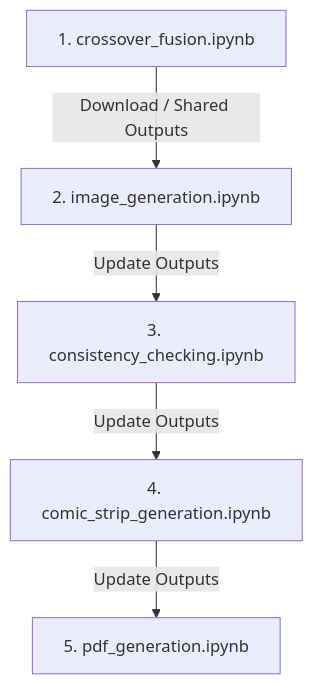
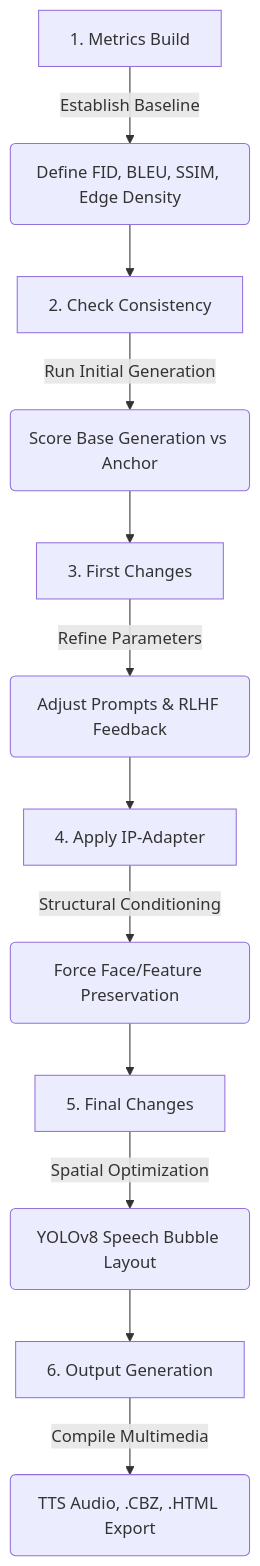
Before and after one commit to erica-maitri/Indie-Comic: the diagram in indie_comic_pipeline/README.md, drawn with Mermaid. The commit also changed other lines of this file and 24 other files, not shown here.

````diff
--- a/indie_comic_pipeline/README.md
+++ b/indie_comic_pipeline/README.md
@@ -329,7 +11,14 @@
 ```mermaid
 graph TD
-    A[1. crossover_fusion.ipynb] -->|Download / Shared Outputs| B[2. image_generation.ipynb]
-    B -->|Update Outputs| C[3. consistency_checking.ipynb]
-    C -->|Update Outputs| D[4. comic_strip_generation.ipynb]
-    D -->|Update Outputs| E[5. pdf_generation.ipynb]
+    A[1. Metrics Build] -->|Establish Baseline| B(Define FID, BLEU, SSIM, Edge Density)
+    B --> C[2. Check Consistency]
+    C -->|Run Initial Generation| D(Score Base Generation vs Anchor)
+    D --> E[3. First Changes]
+    E -->|Refine Parameters| F(Adjust Prompts & RLHF Feedback)
+    F --> G[4. Apply IP-Adapter]
+    G -->|Structural Conditioning| H(Force Face/Feature Preservation)
+    H --> I[5. Final Changes]
+    I -->|Spatial Optimization| J(YOLOv8 Speech Bubble Layout)
+    J --> K[6. Output Generation]
+    K -->|Compile Multimedia| L(TTS Audio, .CBZ, .HTML Export)
 ```
````
